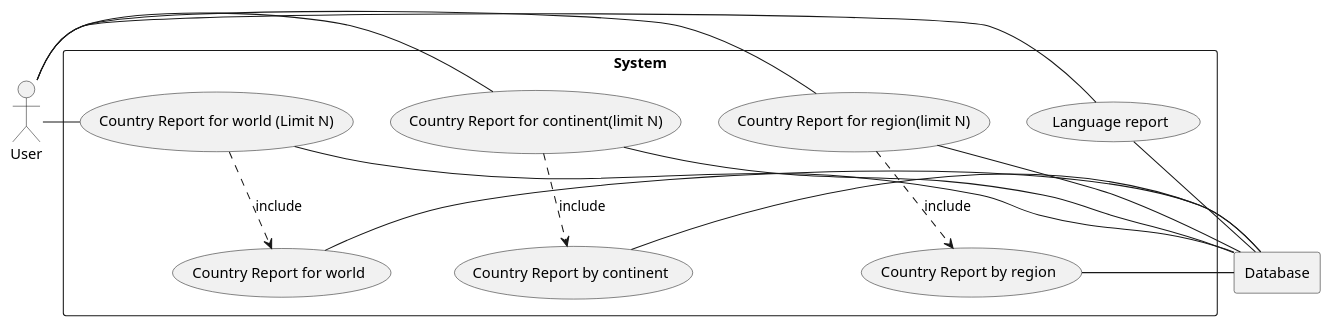
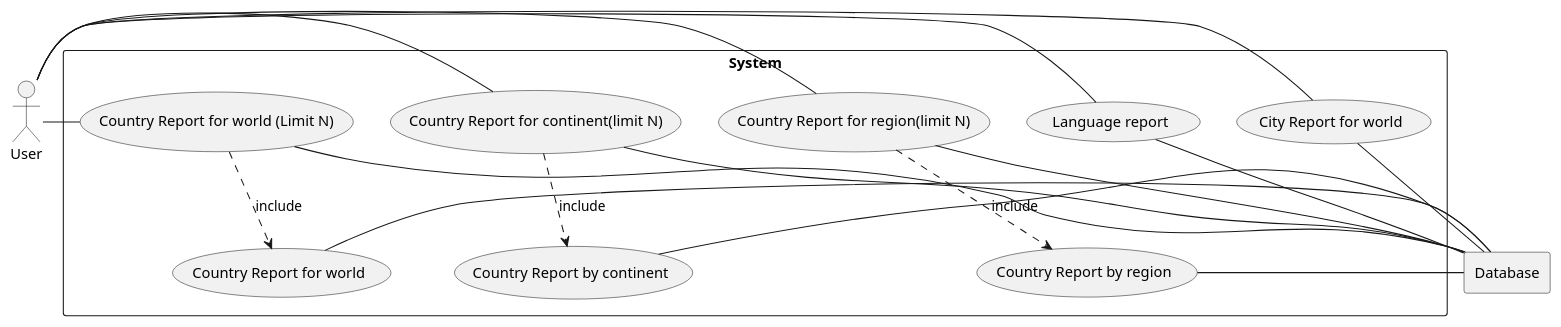
One commit to Drakon4ik-Coder/SET08103_GP changed the diagram in use-cases/diagram-1.puml. Above: the diagram before and after it, drawn with PlantUML. The commit also changed 1 other file, not shown here.

Commit message:
Added use case for City report for world

```diff
--- a/use-cases/diagram-1.puml
+++ b/use-cases/diagram-1.puml
@@ -1,34 +1,37 @@
 @startuml
 
 actor U as "User"
 
 rectangle Database
 
 rectangle "System" {
     usecase UC1 as "Country Report for world"
     usecase UC2 as "Country Report for world (Limit N)"
     usecase UC3 as "Country Report by continent"
     usecase UC4 as "Country Report for continent(limit N)"
     usecase UC5 as "Country Report by region"
     usecase UC6 as "Country Report for region(limit N)"
     usecase UC7 as "Language report"
+    usecase UC8 as "City Report for world"
 
     U - UC2
     U - UC4
     U - UC6
     U - UC7
+    U - UC8
 
     UC2 ..> UC1 : include
     UC4 ..> UC3 : include
     UC6 ..> UC5 : include
 
     UC1 - Database
     UC2 - Database
     UC3 - Database
     UC4 - Database
     UC5 - Database
     UC6 - Database
     UC7 - Database
+    UC8 - Database
 }
 
 @enduml
```
